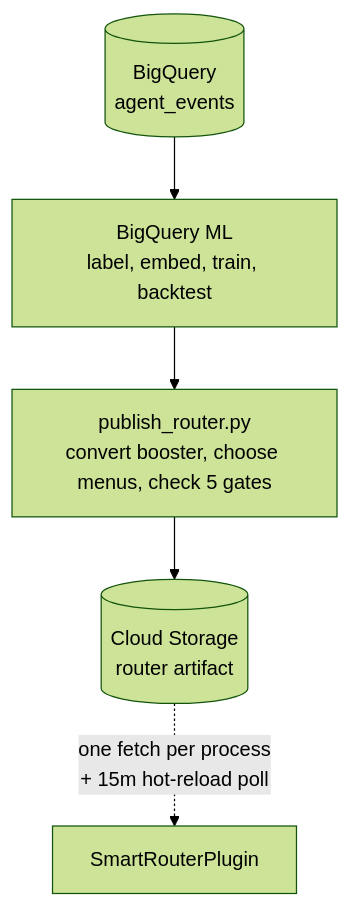
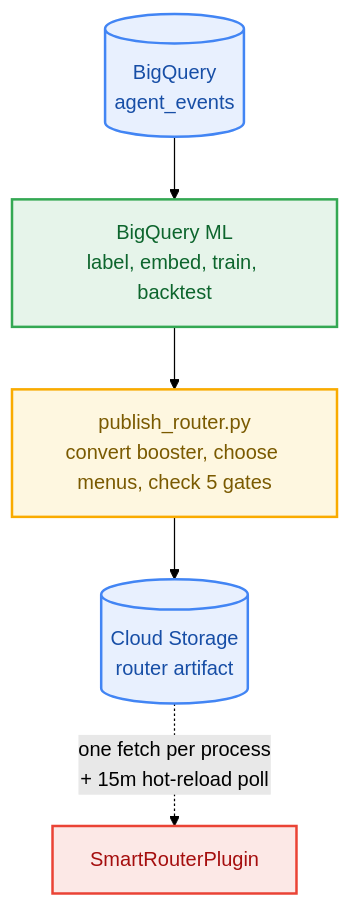
The third of 3 diagrams in README.md (statmike/adk-smart-router), drawn with Mermaid (forest theme) before and after one commit. The commit also changed other lines of this file and 12 other files, not shown here.

Commit message:
docs(release): swap README Mermaid blocks to PNGs for PyPI and add zero-churn RC tag stamping

````diff
--- a/README.md
+++ b/README.md
@@ -219,7 +227,16 @@
 ```mermaid
 flowchart TD
     BQ[("BigQuery<br/>agent_events")] --> TRAIN["BigQuery ML<br/>label, embed, train, backtest"]
     TRAIN --> GATE["publish_router.py<br/>convert booster, choose menus, check 5 gates"]
     GATE --> GCS[("Cloud Storage<br/>router artifact")]
     GCS -. "one fetch per process<br/>+ 15m hot-reload poll" .-> SR["SmartRouterPlugin"]
+
+    classDef data fill:#E8F0FE,stroke:#4285F4,stroke-width:2px,color:#174EA6
+    classDef compute fill:#E6F4EA,stroke:#34A853,stroke-width:2px,color:#0D652D
+    classDef config fill:#FEF7E0,stroke:#F9AB00,stroke-width:2px,color:#7A5A00
+    classDef route fill:#FCE8E6,stroke:#EA4335,stroke-width:2px,color:#A50E0E
+    class BQ,GCS data
+    class TRAIN compute
+    class GATE config
+    class SR route
 ```
````
